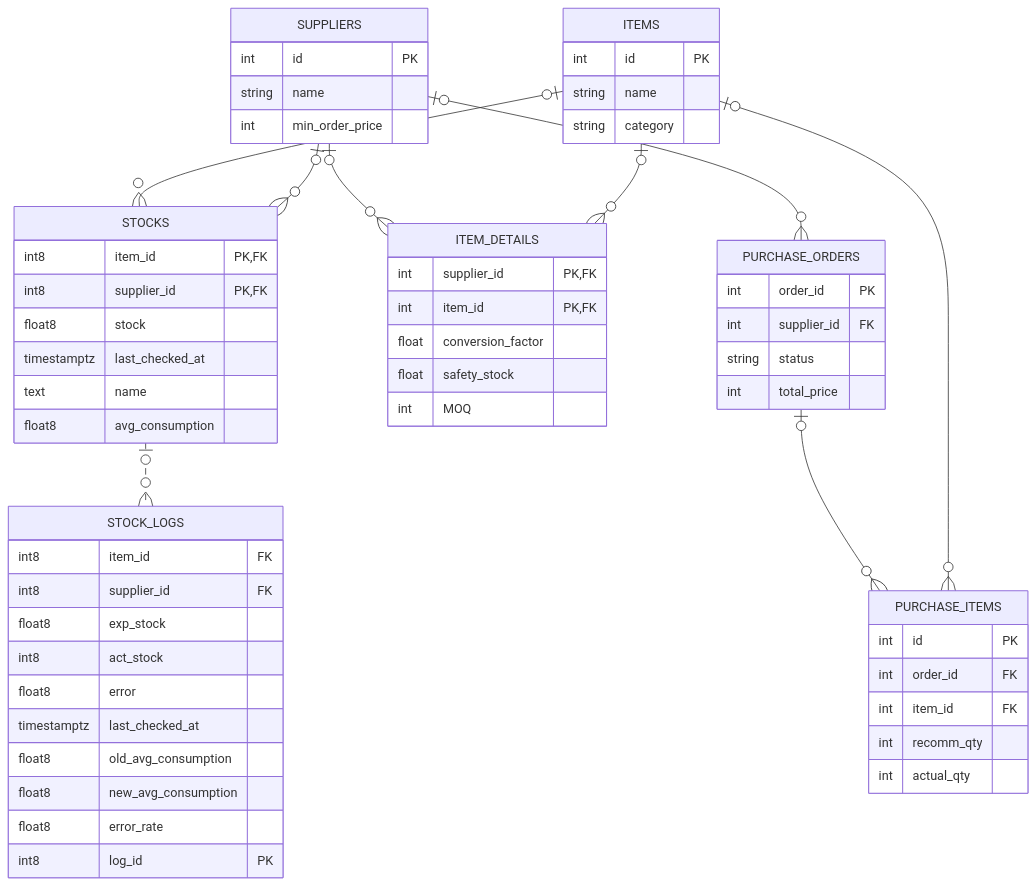
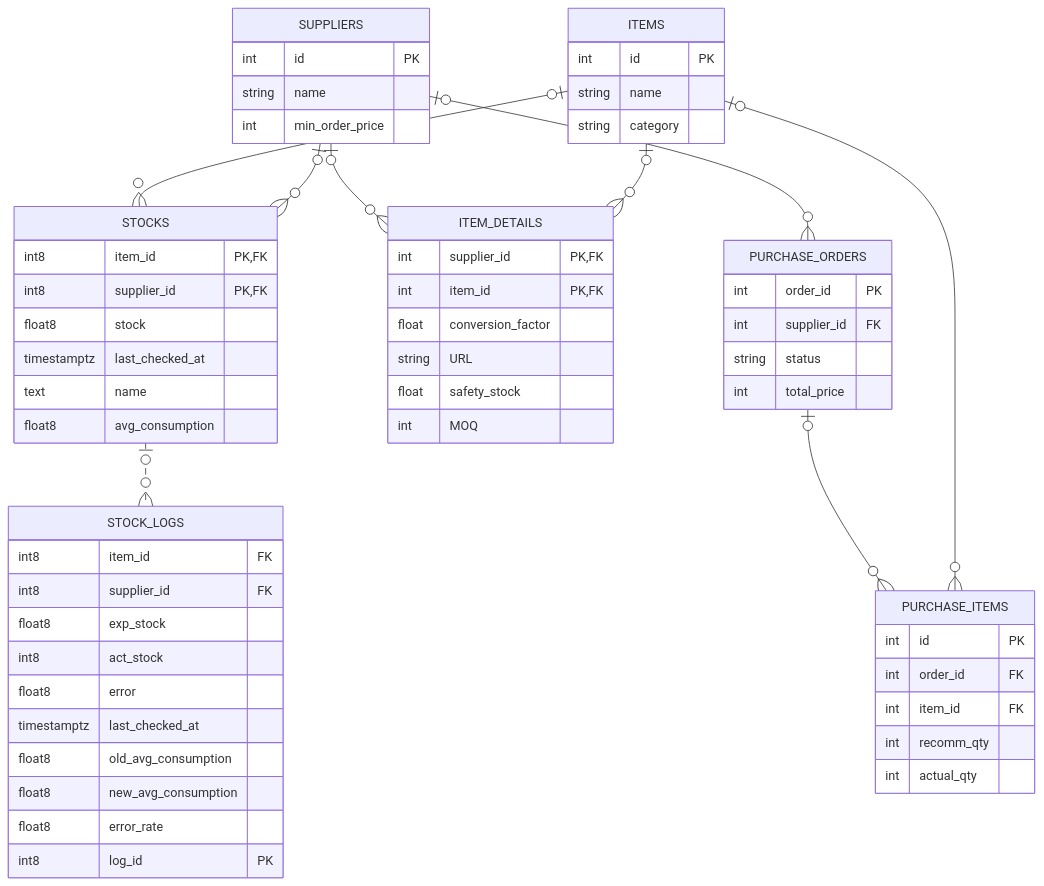
Before and after one commit to JSHUH0401/Stock-Management-System: the diagram in README.md, drawn with Mermaid.

````diff
--- a/README.md
+++ b/README.md
@@ -28,69 +28,70 @@
 ```mermaid
 erDiagram
     %% [Domain 1: Master Data]
     ITEMS |o--o{ STOCKS : ""
     SUPPLIERS |o--o{ ITEM_DETAILS : ""
     ITEMS |o--o{ ITEM_DETAILS : ""
     SUPPLIERS |o--o{STOCKS : ""
     STOCKS |o..o{ STOCK_LOGS : ""
 
     %% [Domain 3: Transaction]
     PURCHASE_ORDERS |o--o{ PURCHASE_ITEMS : ""
     ITEMS |o--o{ PURCHASE_ITEMS : ""
     SUPPLIERS |o--o{ PURCHASE_ORDERS : ""
     ITEMS {
         int id PK
         string name
         string category
     }
 
     SUPPLIERS {
         int id PK
         string name
         int min_order_price
     }
 
     ITEM_DETAILS {
         int supplier_id PK, FK
         int item_id PK, FK
         float conversion_factor
+        string URL
         float safety_stock
         int MOQ
     }
 
     STOCKS {
         int8 item_id PK, FK
         int8 supplier_id PK, FK
         float8 stock
         timestamptz last_checked_at
         text name
         float8 avg_consumption
     }
 
     STOCK_LOGS {
         int8 item_id FK
         int8 supplier_id FK
         float8 exp_stock
         int8 act_stock
         float8 error
         timestamptz last_checked_at
         float8 old_avg_consumption
         float8 new_avg_consumption
         float8 error_rate
         int8 log_id PK
     }
     PURCHASE_ORDERS {
         int order_id PK
         int supplier_id FK
         string status
         int total_price
     }
 
     PURCHASE_ITEMS {
         int id PK
         int order_id FK
         int item_id FK
         int recomm_qty
         int actual_qty
     }
 ```
````
